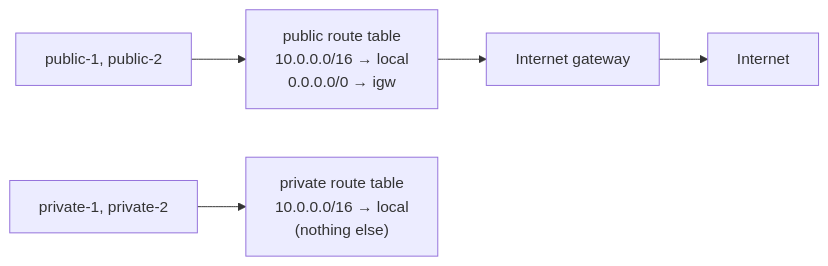
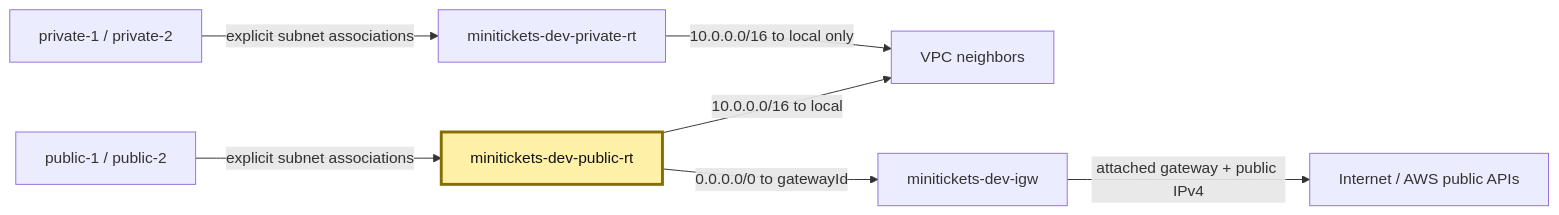
One commit to maheshnd/minitickets changed the first of 2 diagrams in docs/handbook/concepts/route-tables.md. Above: the diagram before and after it, drawn with Mermaid. The commit also changed other lines of this file and 43 other files, not shown here.

````diff
--- a/docs/handbook/concepts/route-tables.md
+++ b/docs/handbook/concepts/route-tables.md
@@ -19,7 +14,11 @@
 ```mermaid
 flowchart LR
-    pubSub["public-1, public-2"] --> pubRt["public route table<br/>10.0.0.0/16 → local<br/>0.0.0.0/0 → igw"]
-    privSub["private-1, private-2"] --> privRt["private route table<br/>10.0.0.0/16 → local<br/>(nothing else)"]
-    pubRt --> igw["Internet gateway"]
-    igw --> net["Internet"]
+    pub["public-1 / public-2"] -->|"explicit subnet associations"| rt["minitickets-dev-public-rt"]
+    rt -->|"10.0.0.0/16 to local"| local["VPC neighbors"]
+    rt -->|"0.0.0.0/0 to gatewayId"| igw["minitickets-dev-igw"]
+    igw -->|"attached gateway + public IPv4"| net["Internet / AWS public APIs"]
+    priv["private-1 / private-2"] -->|"explicit subnet associations"| prt["minitickets-dev-private-rt"]
+    prt -->|"10.0.0.0/16 to local only"| local
+    classDef focus fill:#fff1a8,stroke:#8a6d00,stroke-width:3px,color:#111
+    class rt focus
 ```
````
